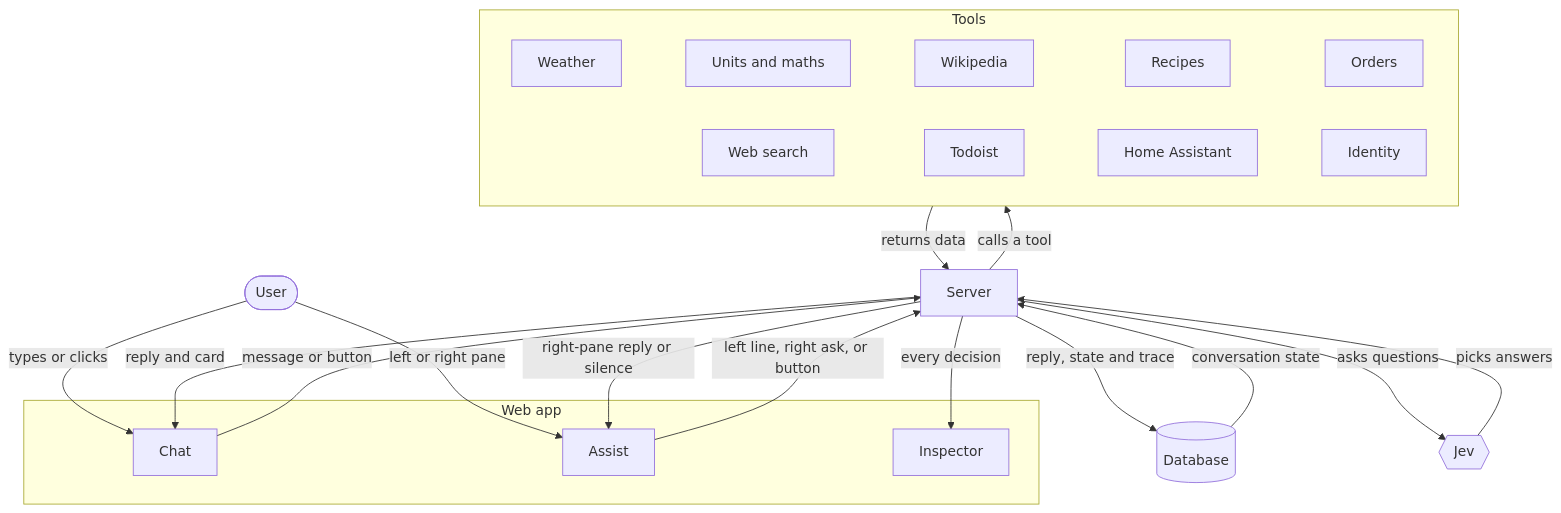
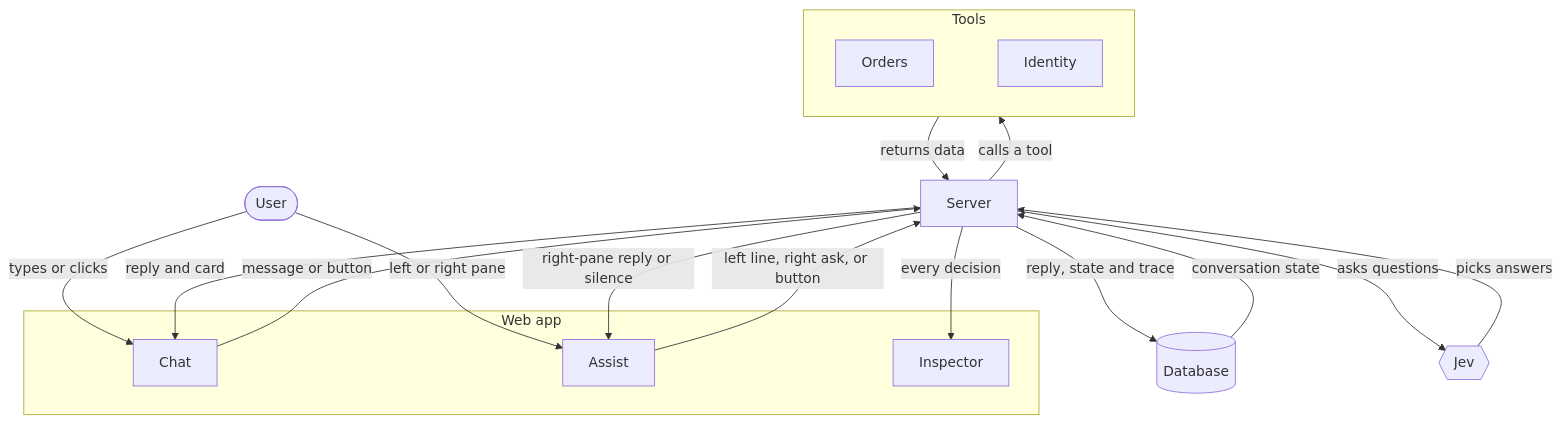
One commit to juziyt/sra-jev-chat changed the first of 6 diagrams in README.md. Above: the diagram before and after it, drawn with Mermaid. The commit also changed other lines of this file and 87 other files, not shown here.

````diff
--- a/README.md
+++ b/README.md
@@ -126,29 +109,28 @@
 ```mermaid
 flowchart TD
   User([User]) -->|types or clicks| Chat
   User -->|left or right pane| Assist
 
   subgraph App[Web app]
     Chat[Chat]
     Assist[Assist]
     Inspector[Inspector]
   end
 
   Chat -->|message or button| Server[Server]
   Assist -->|left line, right ask, or button| Server
   DB[(Database)] -->|conversation state| Server
   Server -->|reply, state and trace| DB
   Server -->|asks questions| Jev{{Jev}}
   Jev -->|picks answers| Server
   Server -->|calls a tool| Tools
   Tools -->|returns data| Server
   Server -->|reply and card| Chat
   Server -->|right-pane reply or silence| Assist
   Server -->|every decision| Inspector
 
   subgraph Tools[Tools]
     direction LR
-    Weather ~~~ Units[Units and maths] ~~~ Wikipedia ~~~ Recipes ~~~ Orders
-    Search[Web search] ~~~ Todoist ~~~ Home[Home Assistant] ~~~ Identity
+    Orders ~~~ Identity
   end
 ```
````
